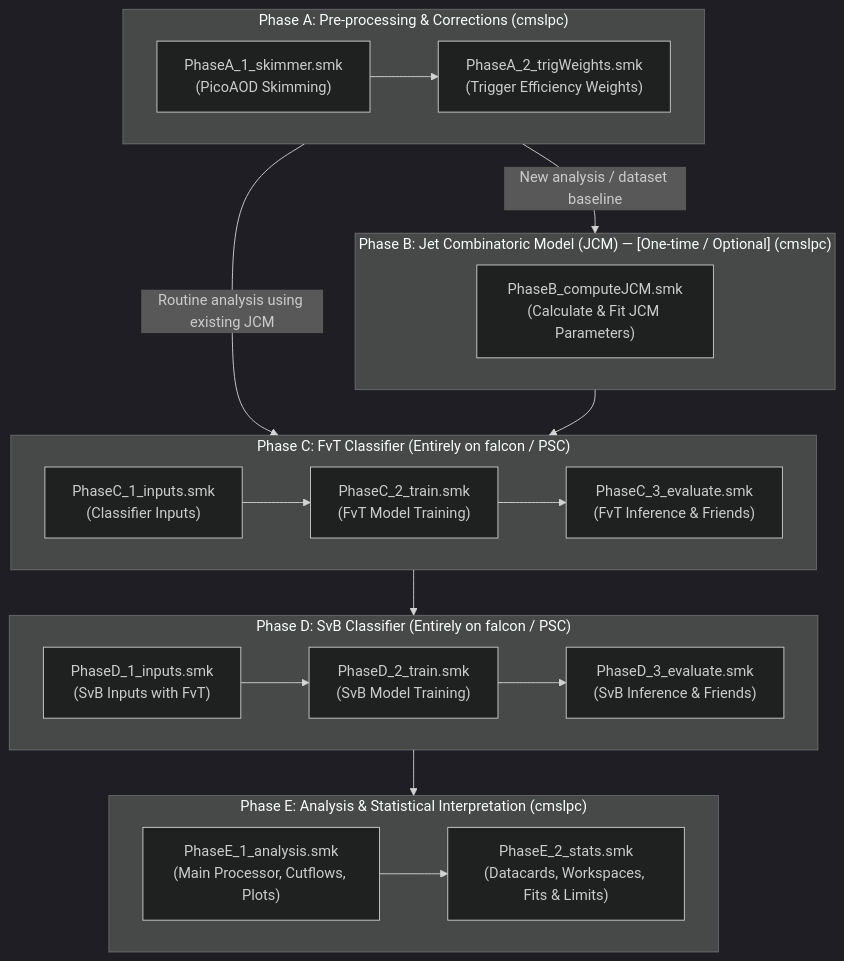
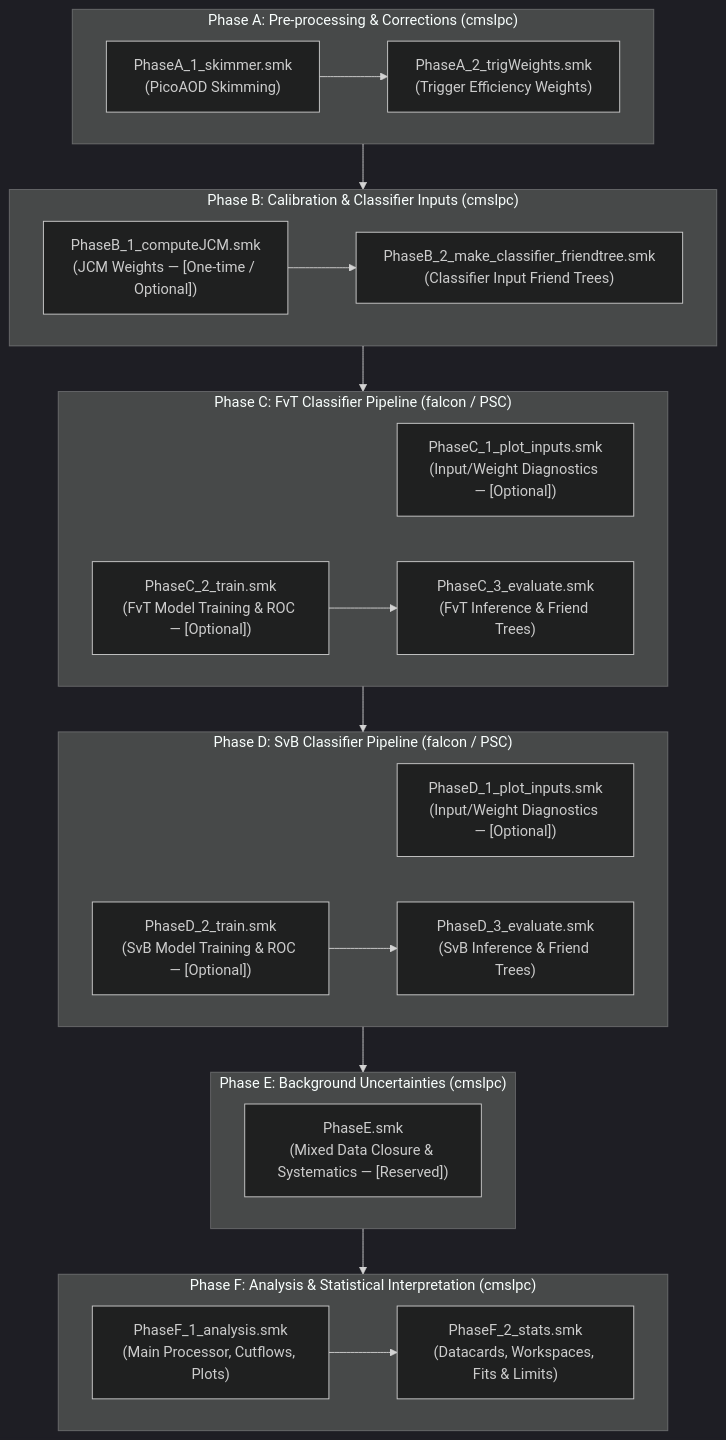
The diagram in workflows/README.md (cms-cmu/coffea4bees), drawn with Mermaid (dark theme) before and after one commit. The commit also changed other lines of this file and 26 other files, not shown here.

Commit message:
feat(workflows): reorganize analysis phases A to F with updated Phase B (JCM+Inputs), Phase C/D (Plotting+Train+Eval), and Phase F (Analysis+Stats)

````diff
--- a/workflows/README.md
+++ b/workflows/README.md
@@ -26,30 +27,34 @@
 ```mermaid
 flowchart TD
     subgraph PhaseA["Phase A: Pre-processing & Corrections (cmslpc)"]
         A1["PhaseA_1_skimmer.smk\n(PicoAOD Skimming)"] --> A2["PhaseA_2_trigWeights.smk\n(Trigger Efficiency Weights)"]
     end
 
-    subgraph PhaseB["Phase B: Jet Combinatoric Model (JCM) — [One-time / Optional] (cmslpc)"]
-        B1["PhaseB_computeJCM.smk\n(Calculate & Fit JCM Parameters)"]
+    subgraph PhaseB["Phase B: Calibration & Classifier Inputs (cmslpc)"]
+        B1["PhaseB_1_computeJCM.smk\n(JCM Weights — [One-time / Optional])"] --> B2["PhaseB_2_make_classifier_friendtree.smk\n(Classifier Input Friend Trees)"]
     end
 
-    subgraph PhaseC["Phase C: FvT Classifier (Entirely on falcon / PSC)"]
-        C1["PhaseC_1_inputs.smk\n(Classifier Inputs)"] --> C2["PhaseC_2_train.smk\n(FvT Model Training)"]
-        C2 --> C3["PhaseC_3_evaluate.smk\n(FvT Inference & Friends)"]
+    subgraph PhaseC["Phase C: FvT Classifier Pipeline (falcon / PSC)"]
+        C1["PhaseC_1_plot_inputs.smk\n(Input/Weight Diagnostics — [Optional])"]
+        C2["PhaseC_2_train.smk\n(FvT Model Training & ROC — [Optional])"] --> C3["PhaseC_3_evaluate.smk\n(FvT Inference & Friend Trees)"]
     end
 
-    subgraph PhaseD["Phase D: SvB Classifier (Entirely on falcon / PSC)"]
-        D1["PhaseD_1_inputs.smk\n(SvB Inputs with FvT)"] --> D2["PhaseD_2_train.smk\n(SvB Model Training)"]
-        D2 --> D3["PhaseD_3_evaluate.smk\n(SvB Inference & Friends)"]
+    subgraph PhaseD["Phase D: SvB Classifier Pipeline (falcon / PSC)"]
+        D1["PhaseD_1_plot_inputs.smk\n(Input/Weight Diagnostics — [Optional])"]
+        D2["PhaseD_2_train.smk\n(SvB Model Training & ROC — [Optional])"] --> D3["PhaseD_3_evaluate.smk\n(SvB Inference & Friend Trees)"]
     end
 
-    subgraph PhaseE["Phase E: Analysis & Statistical Interpretation (cmslpc)"]
-        E1["PhaseE_1_analysis.smk\n(Main Processor, Cutflows, Plots)"] --> E2["PhaseE_2_stats.smk\n(Datacards, Workspaces, Fits & Limits)"]
+    subgraph PhaseE["Phase E: Background Uncertainties (cmslpc)"]
+        E1["PhaseE.smk\n(Mixed Data Closure & Systematics — [Reserved])"]
     end
 
-    PhaseA -->|New analysis / dataset baseline| PhaseB
-    PhaseA -->|Routine analysis using existing JCM| PhaseC
+    subgraph PhaseF["Phase F: Analysis & Statistical Interpretation (cmslpc)"]
+        F1["PhaseF_1_analysis.smk\n(Main Processor, Cutflows, Plots)"] --> F2["PhaseF_2_stats.smk\n(Datacards, Workspaces, Fits & Limits)"]
+    end
+
+    PhaseA --> PhaseB
     PhaseB --> PhaseC
     PhaseC --> PhaseD
     PhaseD --> PhaseE
+    PhaseE --> PhaseF
 ```
````
